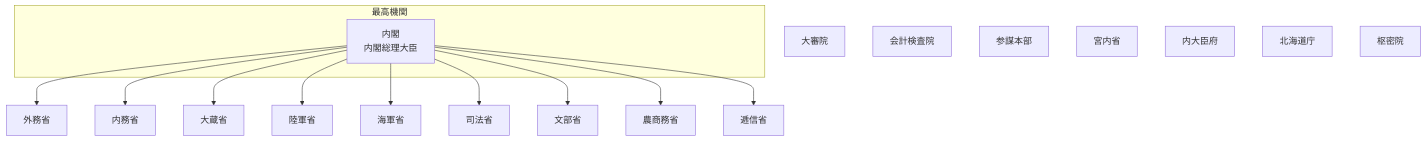
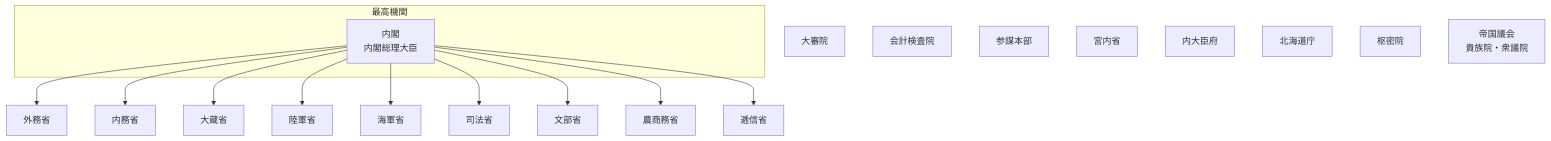
One commit to tatemaru/jp-admin-org-chart changed the diagram in README.md. Above: the diagram before and after it, drawn with Mermaid. The commit also changed other lines of this file, not shown here.

First line of the commit message:
feat(帝国議会): 帝国議会を開設

````diff
--- a/README.md
+++ b/README.md
@@ -9,32 +9,34 @@
 ```mermaid
 flowchart TB
   subgraph top["最高機関"]
     Cab["内閣
 内閣総理大臣"]
   end
   Gaimu["外務省"]
   Cab --> Gaimu
   Naimu["内務省"]
   Cab --> Naimu
   Okura["大蔵省"]
   Cab --> Okura
   Rikugun["陸軍省"]
   Cab --> Rikugun
   Kaigun["海軍省"]
   Cab --> Kaigun
   Shiho["司法省"]
   Cab --> Shiho
   Mombu["文部省"]
   Cab --> Mombu
   Nosho["農商務省"]
   Cab --> Nosho
   Teishin["逓信省"]
   Cab --> Teishin
   Daishin["大審院"]
   Audit["会計検査院"]
   Sanbo["参謀本部"]
   Kunai["宮内省"]
   Naidaijin["内大臣府"]
   Hokkaido["北海道庁"]
   Privy["枢密院"]
+  Diet["帝国議会
+貴族院・衆議院"]
 ```
````
